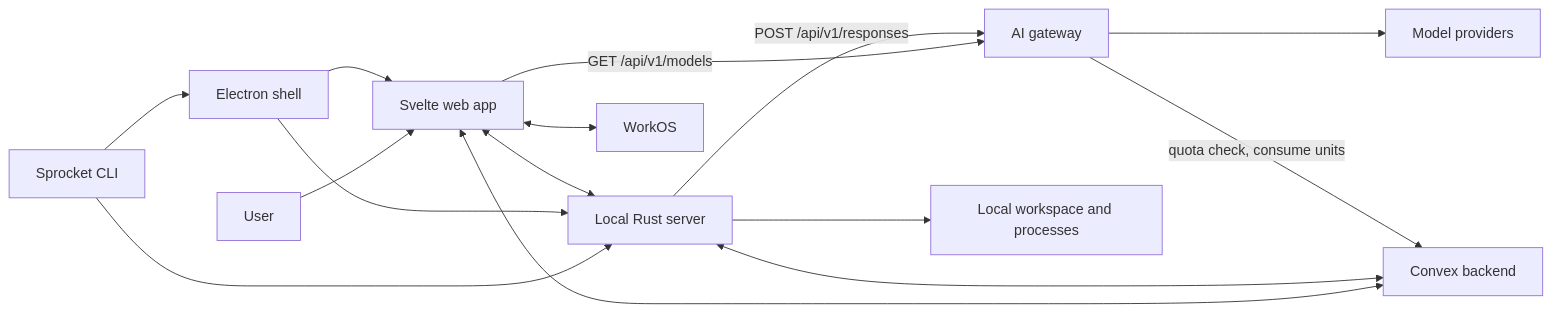
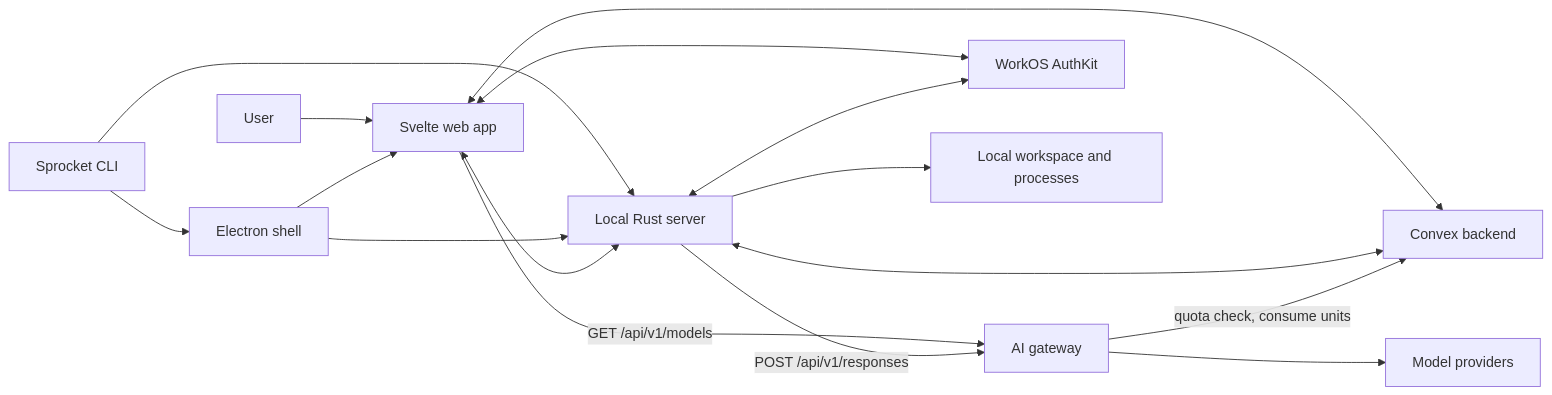
Before and after one commit to spikonado/sprocket: the first of 2 diagrams in ARCHITECTURE.md, drawn with Mermaid. The commit also changed other lines of this file and 24 other files, not shown here.

````diff
--- a/ARCHITECTURE.md
+++ b/ARCHITECTURE.md
@@ -27,17 +27,18 @@
 ```mermaid
 flowchart LR
     User[User] --> Web[Svelte web app]
     CLI[Sprocket CLI] --> Desktop[Electron shell]
     Desktop --> Web
     CLI --> Local[Local Rust server]
     Desktop --> Local
     Web <--> Local
     Web <--> Convex[Convex backend]
     Local <--> Convex
     Web -->|"GET /api/v1/models"| Gateway[AI gateway]
     Local -->|"POST /api/v1/responses"| Gateway
     Gateway --> Providers[Model providers]
     Gateway -->|"quota check, consume units"| Convex
-    Web <--> Auth[WorkOS]
+    Web <--> Auth[WorkOS AuthKit]
+    Local <--> Auth
     Local --> Workspace[Local workspace and processes]
 ```
````
